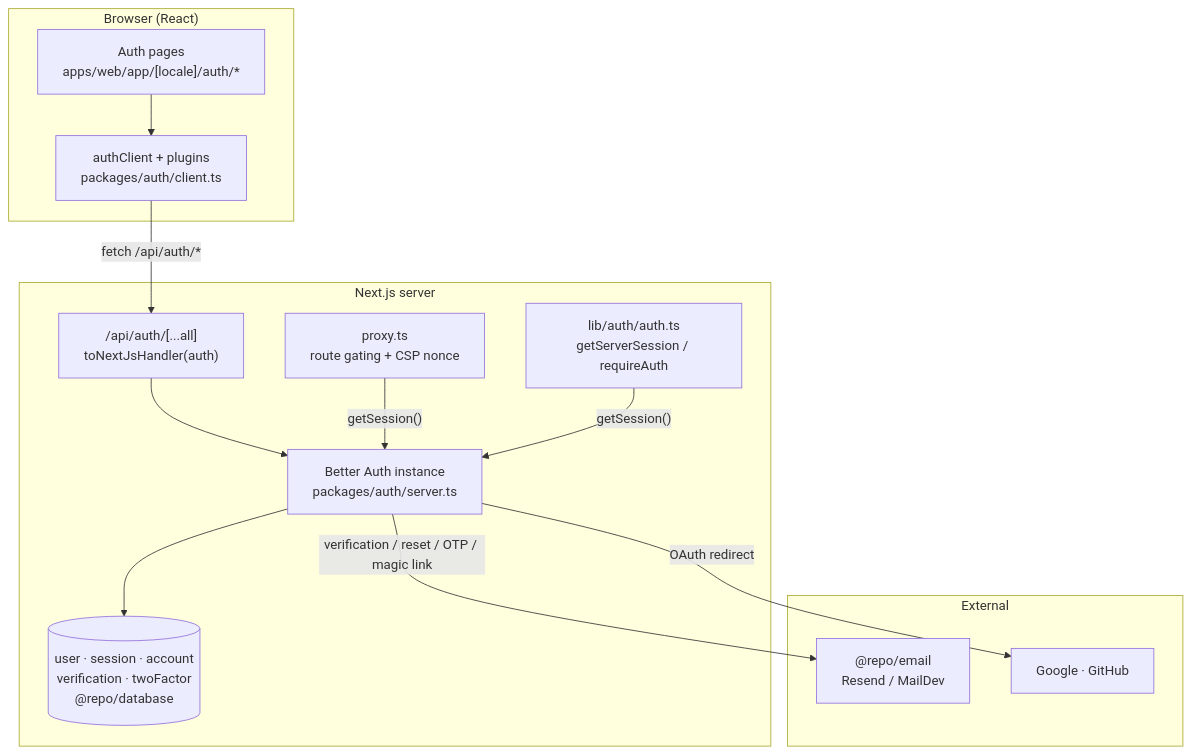
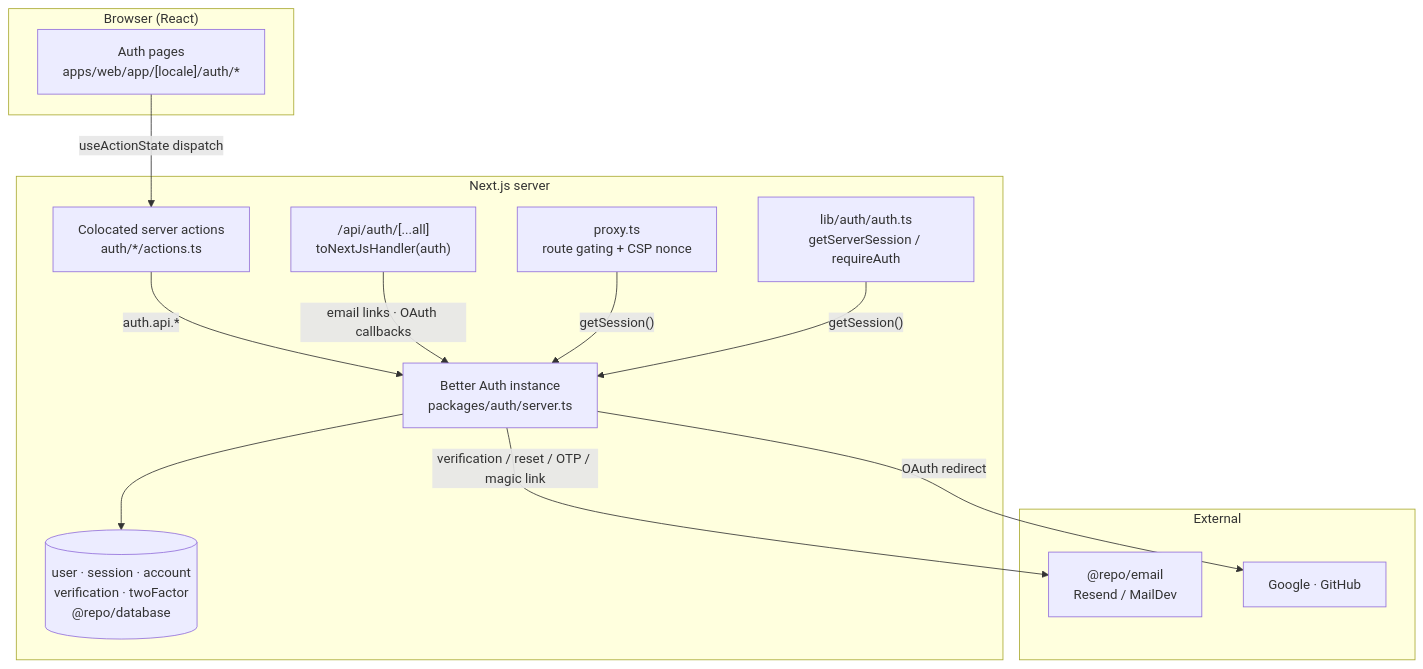
Before and after one commit to saasprokit-com/saasprokit: the diagram in apps/docs/content/docs/authentication/index.mdx, drawn with Mermaid. The commit also changed other lines of this file and 10 other files, not shown here.

````diff
--- a/apps/docs/content/docs/authentication/index.mdx
+++ b/apps/docs/content/docs/authentication/index.mdx
@@ -77,30 +79,30 @@
 ```mermaid
 flowchart TD
     subgraph Client["Browser (React)"]
       Pages["Auth pages<br/>apps/web/app/[locale]/auth/*"]
-      AC["authClient + plugins<br/>packages/auth/client.ts"]
     end
 
     subgraph Server["Next.js server"]
       PROXY["proxy.ts<br/>route gating + CSP nonce"]
+      ACTIONS["Colocated server actions<br/>auth/*/actions.ts"]
       ROUTE["/api/auth/[...all]<br/>toNextJsHandler(auth)"]
       BA["Better Auth instance<br/>packages/auth/server.ts"]
       HELP["lib/auth/auth.ts<br/>getServerSession / requireAuth"]
       DB[("user · session · account<br/>verification · twoFactor<br/>@repo/database")]
     end
 
     subgraph External["External"]
       EMAIL["@repo/email<br/>Resend / MailDev"]
       OAUTH["Google · GitHub"]
     end
 
-    Pages --> AC
-    AC -->|"fetch /api/auth/*"| ROUTE
-    ROUTE --> BA
+    Pages -->|"useActionState dispatch"| ACTIONS
+    ACTIONS -->|"auth.api.*"| BA
+    ROUTE -->|"email links · OAuth callbacks"| BA
     BA --> DB
     BA -->|"verification / reset / OTP / magic link"| EMAIL
     BA -->|"OAuth redirect"| OAUTH
 
     PROXY -->|"getSession()"| BA
     HELP -->|"getSession()"| BA
 ```
````
